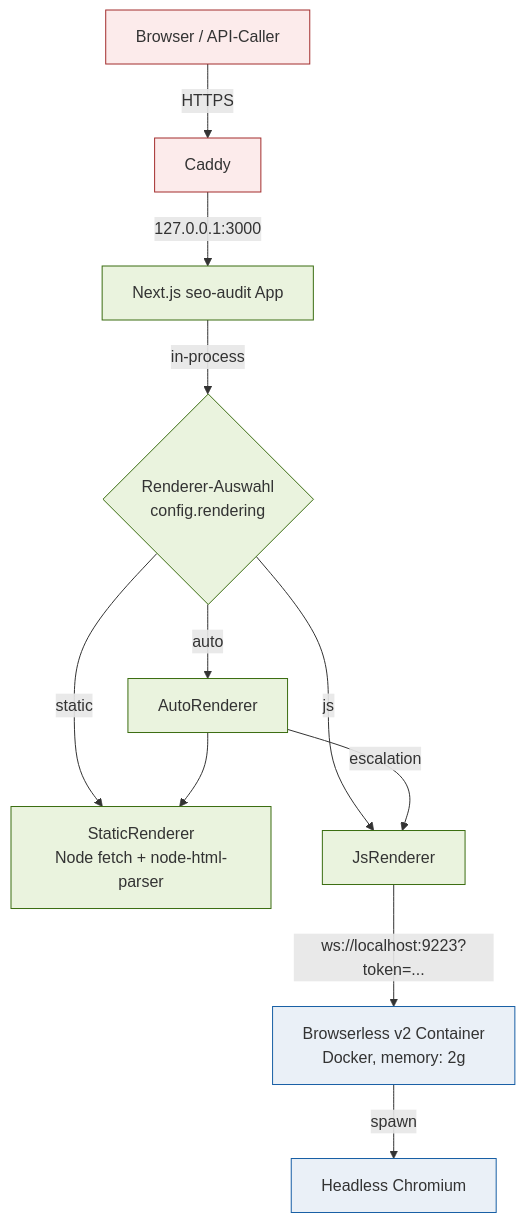
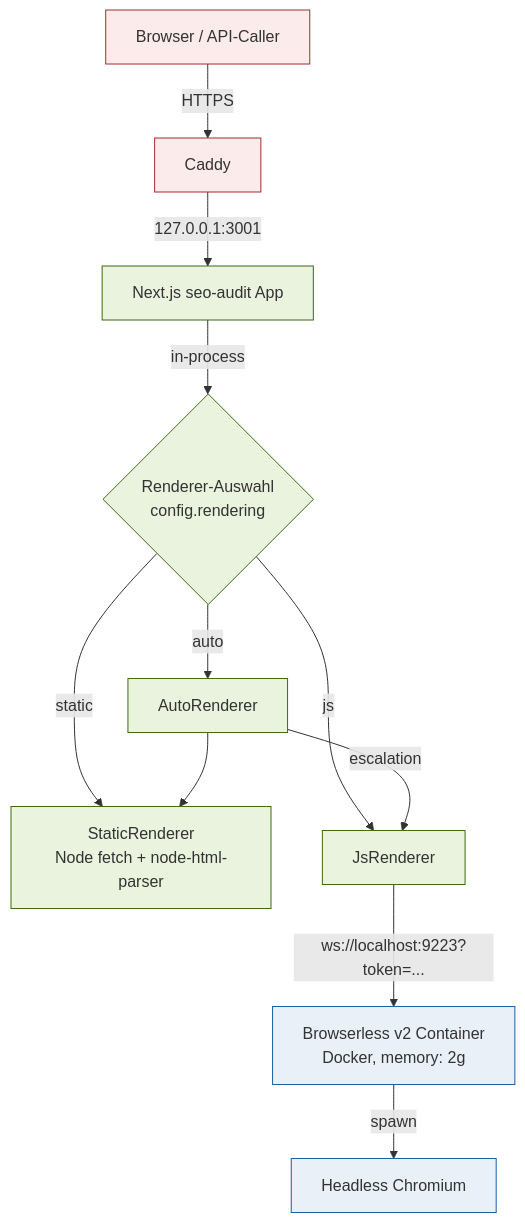
The diagram in docs/architecture/headless-browser.md (beckmann-consulting/seo-audit), drawn with Mermaid before and after one commit. The commit also changed 3 other files, not shown here.

````diff
--- a/docs/architecture/headless-browser.md
+++ b/docs/architecture/headless-browser.md
@@ -117,20 +117,20 @@
 ```mermaid
 flowchart TD
     Client[Browser / API-Caller] -->|HTTPS| Caddy
-    Caddy -->|"127.0.0.1:3000"| Next[Next.js seo-audit App]
+    Caddy -->|"127.0.0.1:3001"| Next[Next.js seo-audit App]
     Next -->|"in-process"| Sel{Renderer-Auswahl<br/>config.rendering}
     Sel -->|static| Static[StaticRenderer<br/>Node fetch + node-html-parser]
     Sel -->|js| Js[JsRenderer]
     Sel -->|auto| Auto[AutoRenderer]
     Auto --> Static
     Auto -->|escalation| Js
     Js -->|"ws://localhost:9223?token=..."| Browserless[Browserless v2 Container<br/>Docker, memory: 2g]
     Browserless -->|spawn| Chromium[Headless Chromium]
 
     classDef external fill:#fcebeb,stroke:#a32d2d
     classDef ours fill:#eaf3de,stroke:#3b6d11
     classDef container fill:#eaf0f7,stroke:#185fa5
     class Client,Caddy external
     class Next,Static,Js,Auto,Sel ours
     class Browserless,Chromium container
 ```
````
